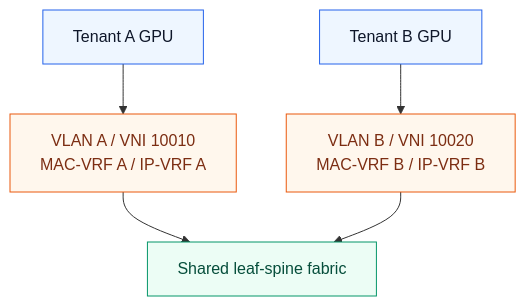
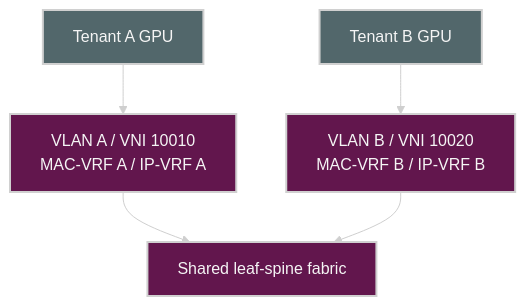
Before and after one commit to ziwon/ai-data-center-network: the sixth of 11 diagrams in ai-data-center-network/chap08/README.md, drawn with Mermaid. The commit also changed other lines of this file and 35 other files, not shown here.

Commit message:
docs(mermaid): apply dark diagram style

````diff
--- a/ai-data-center-network/chap08/README.md
+++ b/ai-data-center-network/chap08/README.md
@@ -541,15 +546,16 @@
 ```mermaid
+%%{init: {"theme": "base", "themeVariables": {"background": "#171717", "primaryColor": "#232323", "primaryTextColor": "#f5f5f5", "primaryBorderColor": "#d0d0d0", "lineColor": "#cfcfcf", "fontFamily": "Inter, Arial, sans-serif"}}}%%
 flowchart TB
-    classDef tenant fill:#eef6ff,stroke:#2563eb,color:#0f172a
-    classDef evpn fill:#fff7ed,stroke:#ea580c,color:#7c2d12
-    classDef fabric fill:#ecfdf5,stroke:#059669,color:#064e3b
+    classDef tenant fill:#52676b,stroke:#d0d0d0,color:#f5f5f5,stroke-width:2px;
+    classDef evpn fill:#62164d,stroke:#d0d0d0,color:#f5f5f5,stroke-width:2px;
+    classDef fabric fill:#62164d,stroke:#d0d0d0,color:#f5f5f5,stroke-width:2px;
 
     TA[Tenant A GPU]:::tenant
     TB[Tenant B GPU]:::tenant
     VA[VLAN A / VNI 10010<br/>MAC-VRF A / IP-VRF A]:::evpn
     VB[VLAN B / VNI 10020<br/>MAC-VRF B / IP-VRF B]:::evpn
     F[Shared leaf-spine fabric]:::fabric
 
     TA --> VA --> F
     TB --> VB --> F
 ```
````
